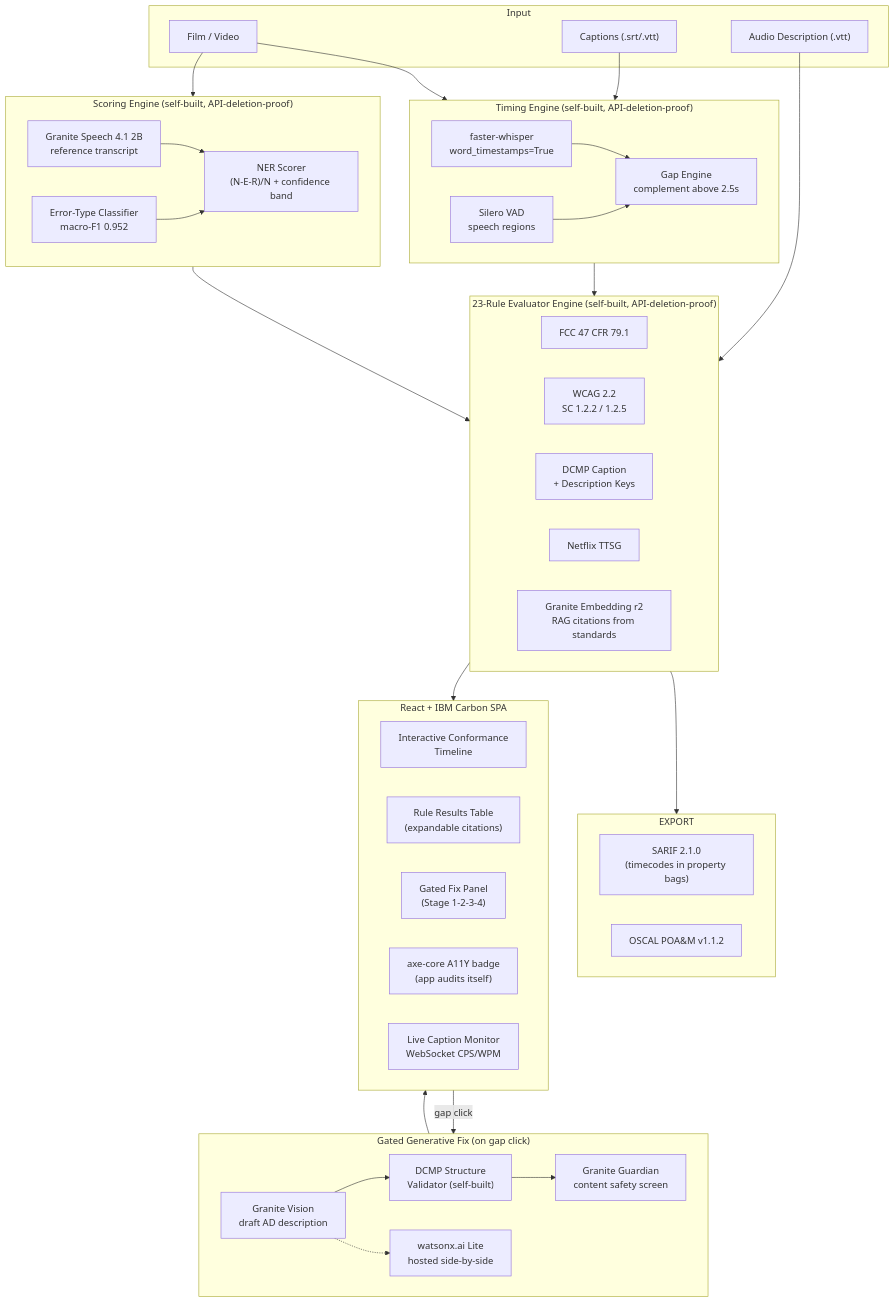
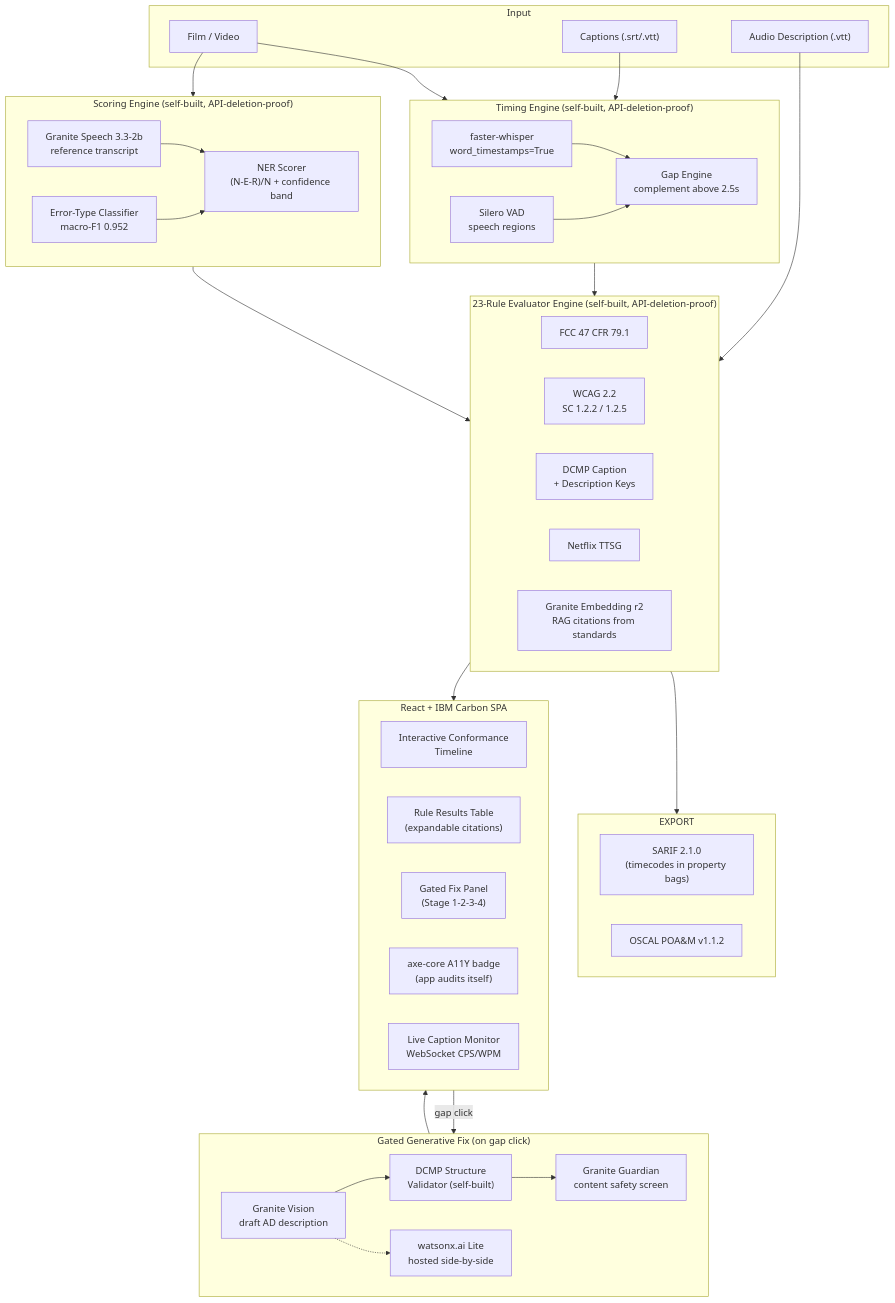
One commit to StephenSook/accessgate changed the diagram in README.md. Above: the diagram before and after it, drawn with Mermaid. The commit also changed other lines of this file and 2 other files, not shown here.

````diff
--- a/README.md
+++ b/README.md
@@ -60,69 +60,69 @@
 ```mermaid
 flowchart TB
     subgraph Input
         F["Film / Video"]
         CAP["Captions (.srt/.vtt)"]
         AD["Audio Description (.vtt)"]
     end
 
     subgraph TIMING["Timing Engine (self-built, API-deletion-proof)"]
         direction LR
         FW["faster-whisper\nword_timestamps=True"]
         VAD["Silero VAD\nspeech regions"]
         GAP["Gap Engine\ncomplement above 2.5s"]
         FW --> GAP
         VAD --> GAP
     end
 
     subgraph SCORE["Scoring Engine (self-built, API-deletion-proof)"]
         direction LR
-        GS["Granite Speech 4.1 2B\nreference transcript"]
+        GS["Granite Speech 3.3-2b\nreference transcript"]
         NER["NER Scorer\n(N-E-R)/N + confidence band"]
         CLS["Error-Type Classifier\nmacro-F1 0.952"]
         GS --> NER
         CLS --> NER
     end
 
     subgraph RULES["23-Rule Evaluator Engine (self-built, API-deletion-proof)"]
         direction LR
         FCC["FCC 47 CFR 79.1"]
         WCAG["WCAG 2.2\nSC 1.2.2 / 1.2.5"]
         DCMP["DCMP Caption\n+ Description Keys"]
         NFLX["Netflix TTSG"]
         RAG["Granite Embedding r2\nRAG citations from standards"]
     end
 
     subgraph EXPORT
         SARIF["SARIF 2.1.0\n(timecodes in property bags)"]
         OSCAL["OSCAL POA&M v1.1.2"]
     end
 
     subgraph GENFIX["Gated Generative Fix (on gap click)"]
         direction LR
         GV["Granite Vision\ndraft AD description"]
         DCMPV["DCMP Structure\nValidator (self-built)"]
         GG["Granite Guardian\ncontent safety screen"]
         WX["watsonx.ai Lite\nhosted side-by-side"]
         GV --> DCMPV --> GG
         GV -.-> WX
     end
 
     subgraph UI["React + IBM Carbon SPA"]
         TL["Interactive Conformance\nTimeline"]
         TBL["Rule Results Table\n(expandable citations)"]
         PANEL["Gated Fix Panel\n(Stage 1-2-3-4)"]
         AXE["axe-core A11Y badge\n(app audits itself)"]
         LIVE["Live Caption Monitor\nWebSocket CPS/WPM"]
     end
 
     F --> TIMING
     CAP --> TIMING
     F --> SCORE
     TIMING --> RULES
     SCORE --> RULES
     AD --> RULES
     RULES --> EXPORT
     RULES --> UI
     UI -->|gap click| GENFIX
     GENFIX --> UI
 ```
````
